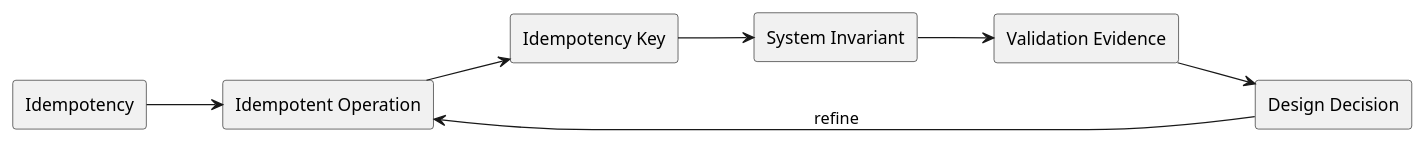
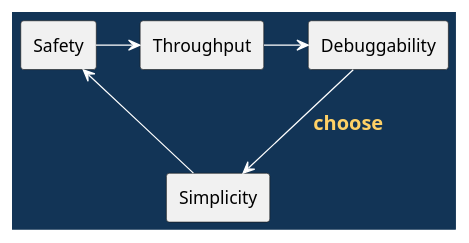
One commit to madajaju/CS5254 changed the fifth of 11 diagrams in doc/lectures/week11/idempotency/README.slides.adoc. Above: the diagram before and after it, drawn with PlantUML. The commit also changed other lines of this file and 129 other files, not shown here.

```diff
--- a/doc/lectures/week11/idempotency/README.slides.adoc
+++ b/doc/lectures/week11/idempotency/README.slides.adoc
@@ -67,22 +121,25 @@
-[plantuml, target=architecture, format=svg, width=80%]
-----
+[plantuml,width=100%]
+....
 @startuml
-skinparam monochrome true
+
 skinparam shadowing false
-left to right direction
-
-rectangle "Idempotency" as Topic
-rectangle "Idempotent Operation" as A
-rectangle "Idempotency Key" as B
-rectangle "System Invariant" as C
-rectangle "Validation Evidence" as V
-rectangle "Design Decision" as D
-
-Topic --> A
+skinparam BackgroundColor #123456
+skinparam DefaultFontColor black
+skinparam ArrowColor white
+skinparam ArrowFontColor #ffd166
+skinparam ArrowFontStyle bold
+skinparam ArrowFontSize 16
+skinparam BorderColor #123456
+skinparam classBackgroundColor white
+skinparam classBorderColor #123456
+skinparam classFontColor black
+rectangle "Simplicity" as A
+rectangle "Safety" as B
+rectangle "Throughput" as C
+rectangle "Debuggability" as D
 A --> B
-B --> C
-C --> V
-V --> D
-D --> A : refine
+B -> C
+C -> D
+D --> A : choose
 @enduml
-----
+....
```
